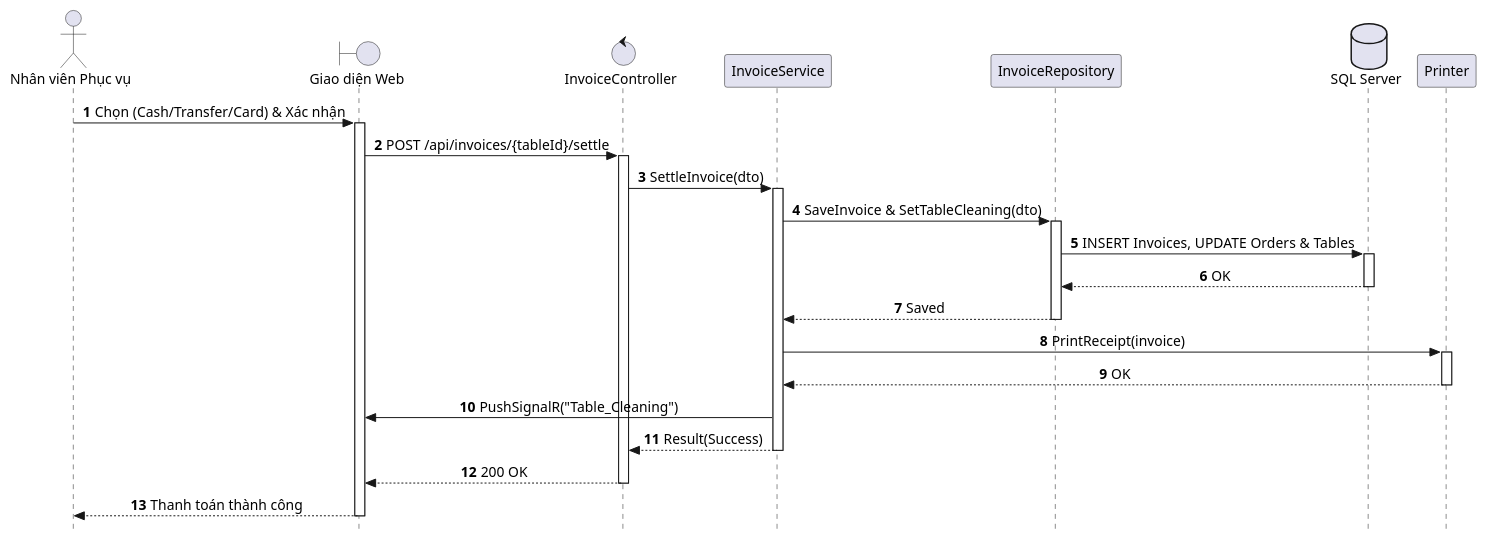
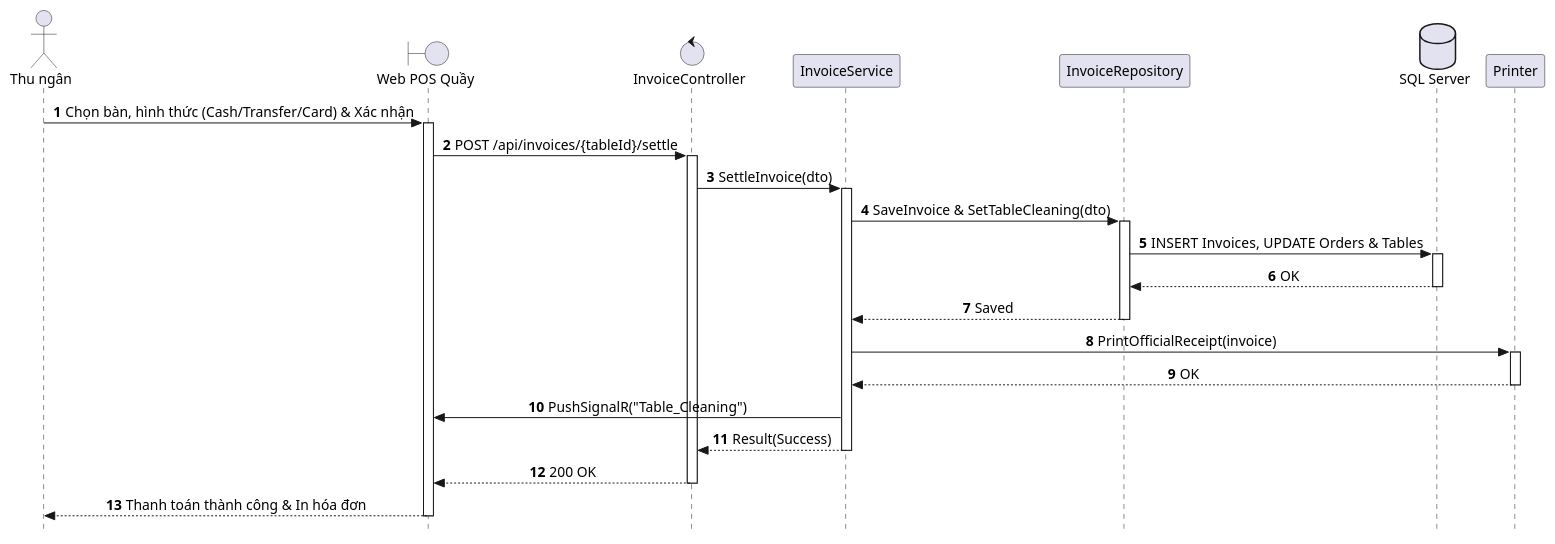
Before and after one commit to AndrewQng/VinDining: the diagram in docs/puml/sequences/SD_UC_E3_2_Settle_Invoice.puml, drawn with PlantUML. The commit also changed 74 other files, not shown here.

Commit message:
docs: add phase 1 documentation, drawio diagrams, and sequence puml files

```diff
--- a/docs/puml/sequences/SD_UC_E3_2_Settle_Invoice.puml
+++ b/docs/puml/sequences/SD_UC_E3_2_Settle_Invoice.puml
@@ -1,51 +1,51 @@
 @startuml SD_UC_E3_2_Settle_Invoice
 autonumber
 skinparam style strictuml
 skinparam sequenceMessageAlign center
 skinparam responseMessageBelowArrow true
 skinparam defaultFontName "Segoe UI", Arial, sans-serif
 skinparam defaultFontSize 14
 
-actor "Nhân viên Phục vụ" as Waitstaff
-boundary "Giao diện Web" as UI
+actor "Thu ngân" as Cashier
+boundary "Web POS Quầy" as WebPOS
 control "InvoiceController" as Controller
 participant "InvoiceService" as Service
 participant "InvoiceRepository" as Repo
 database "SQL Server" as DB
 participant "Printer" as Printer
 
-Waitstaff -> UI: Chọn (Cash/Transfer/Card) & Xác nhận
-activate UI
+Cashier -> WebPOS: Chọn bàn, hình thức (Cash/Transfer/Card) & Xác nhận
+activate WebPOS
 
-UI -> Controller: POST /api/invoices/{tableId}/settle
+WebPOS -> Controller: POST /api/invoices/{tableId}/settle
 activate Controller
 
 Controller -> Service: SettleInvoice(dto)
 activate Service
 
 Service -> Repo: SaveInvoice & SetTableCleaning(dto)
 activate Repo
 Repo -> DB: INSERT Invoices, UPDATE Orders & Tables
 activate DB
 DB --> Repo: OK
 deactivate DB
 Repo --> Service: Saved
 deactivate Repo
 
-Service -> Printer: PrintReceipt(invoice)
+Service -> Printer: PrintOfficialReceipt(invoice)
 activate Printer
 Printer --> Service: OK
 deactivate Printer
 
-Service -> UI: PushSignalR("Table_Cleaning")
+Service -> WebPOS: PushSignalR("Table_Cleaning")
 
 Service --> Controller: Result(Success)
 deactivate Service
 
-Controller --> UI: 200 OK
+Controller --> WebPOS: 200 OK
 deactivate Controller
 
-UI --> Waitstaff: Thanh toán thành công
-deactivate UI
+WebPOS --> Cashier: Thanh toán thành công & In hóa đơn
+deactivate WebPOS
 
 @enduml
```
